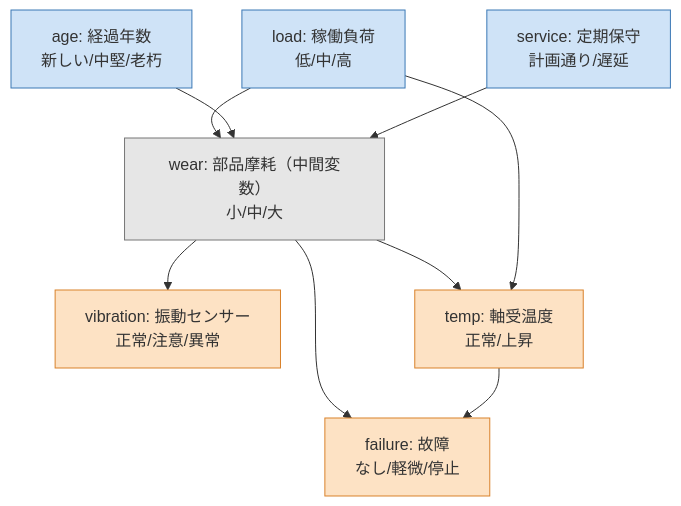
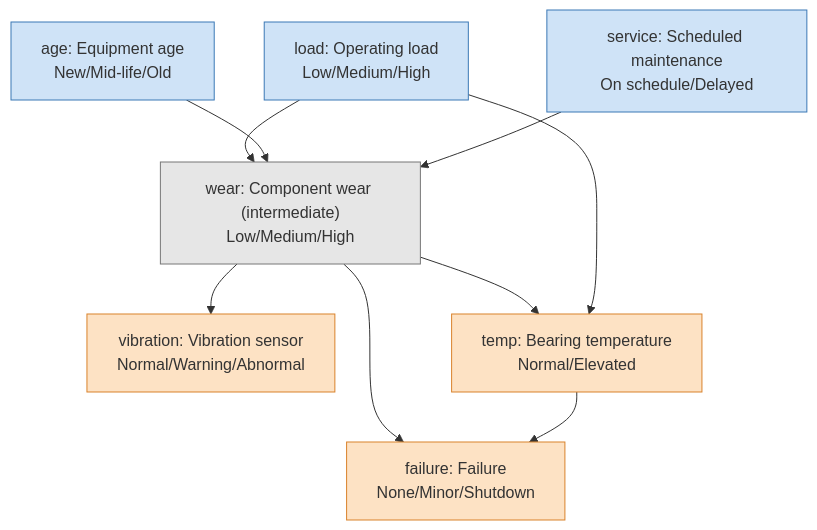
Before and after one commit to salmonsnare/fxtensor-bayesnet: the second of 2 diagrams in README.md, drawn with Mermaid. The commit also changed other lines of this file and 21 other files, not shown here.

````diff
--- a/README.md
+++ b/README.md
@@ -212,24 +222,25 @@
 ```mermaid
 graph TD
-  load["load: 稼働負荷<br/>低/中/高"]
-  age["age: 経過年数<br/>新しい/中堅/老朽"]
-  service["service: 定期保守<br/>計画通り/遅延"]
-  wear["wear: 部品摩耗（中間変数）<br/>小/中/大"]
-  vibration["vibration: 振動センサー<br/>正常/注意/異常"]
-  temp["temp: 軸受温度<br/>正常/上昇"]
-  failure["failure: 故障<br/>なし/軽微/停止"]
+  load["load: Operating load<br/>Low/Medium/High"]
+  age["age: Equipment age<br/>New/Mid-life/Old"]
+  service["service: Scheduled maintenance<br/>On schedule/Delayed"]
+  wear["wear: Component wear (intermediate)<br/>Low/Medium/High"]
+  vibration["vibration: Vibration sensor<br/>Normal/Warning/Abnormal"]
+  temp["temp: Bearing temperature<br/>Normal/Elevated"]
+  failure["failure: Failure<br/>None/Minor/Shutdown"]
   load --> wear
   age --> wear
   service --> wear
   wear --> vibration
   wear --> temp
   load --> temp
   wear --> failure
   temp --> failure
   classDef root fill:#cfe3f7,stroke:#3b78b5
   class load,age,service root
   classDef middle fill:#e6e6e6,stroke:#777777
   class wear middle
   classDef output fill:#fde2c4,stroke:#d9822b
   class vibration,temp,failure output
+
 ```
````
